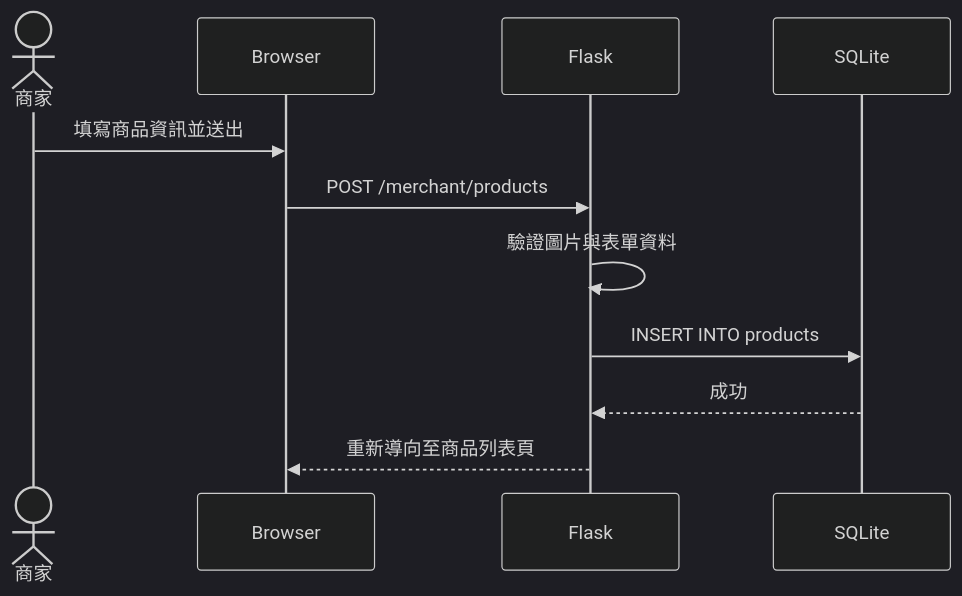
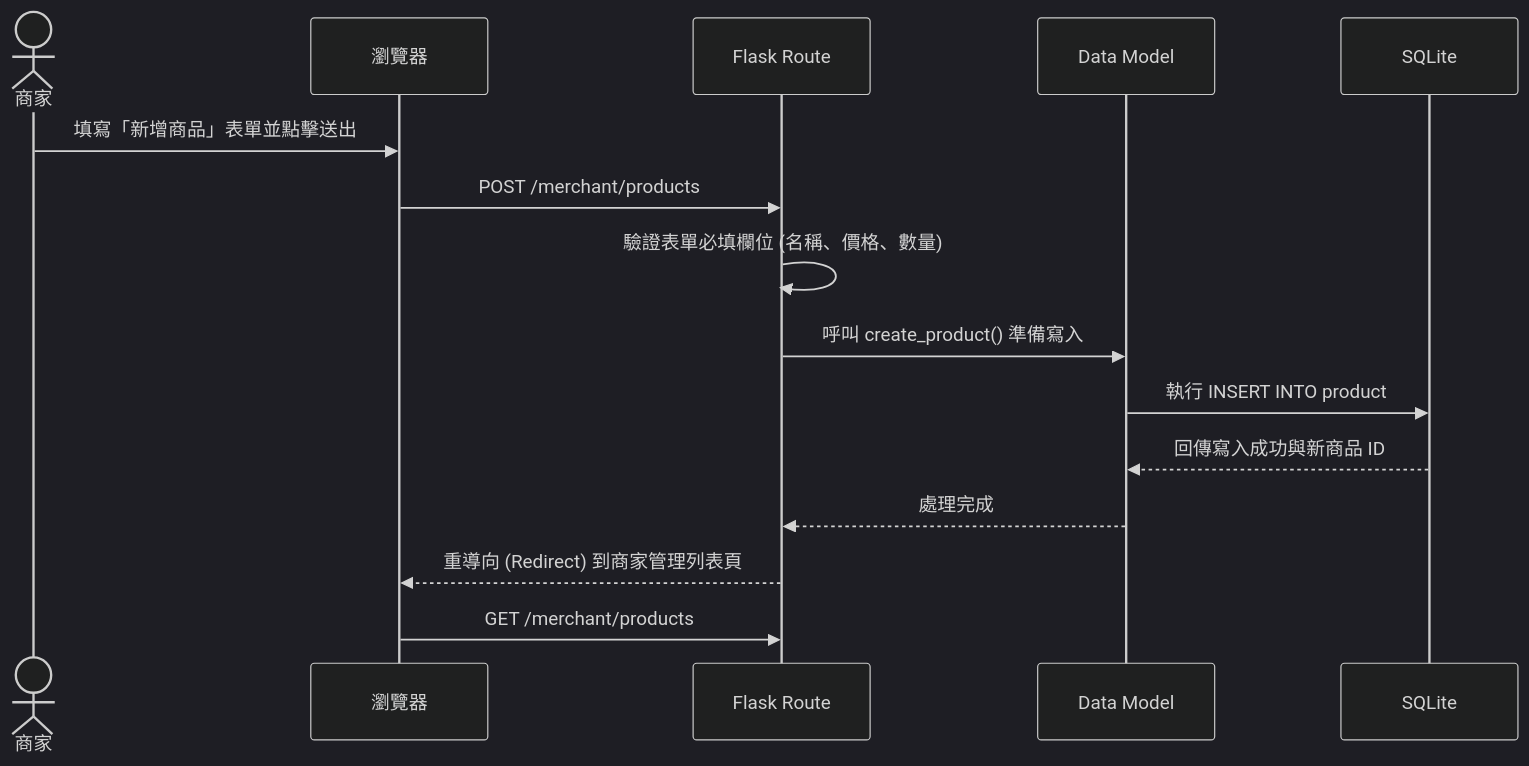
One commit to yuyun57/- changed the second of 3 diagrams in docs/FLOWCHART.md. Above: the diagram before and after it, drawn with Mermaid (dark theme). The commit also changed other lines of this file, not shown here.

Commit message:
docs: add user flowchart

````diff
--- a/docs/FLOWCHART.md
+++ b/docs/FLOWCHART.md
@@ -43,13 +38,18 @@
 ```mermaid
 sequenceDiagram
-    actor Merchant as 商家
-    participant Browser
-    participant Flask
+    actor User as 商家
+    participant Browser as 瀏覽器
+    participant Flask as Flask Route
+    participant Model as Data Model
     participant DB as SQLite
-    Merchant->>Browser: 填寫商品資訊並送出
+
+    User->>Browser: 填寫「新增商品」表單並點擊送出
     Browser->>Flask: POST /merchant/products
-    Flask->>Flask: 驗證圖片與表單資料
-    Flask->>DB: INSERT INTO products
-    DB-->>Flask: 成功
-    Flask-->>Browser: 重新導向至商品列表頁
+    Flask->>Flask: 驗證表單必填欄位 (名稱、價格、數量)
+    Flask->>Model: 呼叫 create_product() 準備寫入
+    Model->>DB: 執行 INSERT INTO product
+    DB-->>Model: 回傳寫入成功與新商品 ID
+    Model-->>Flask: 處理完成
+    Flask-->>Browser: 重導向 (Redirect) 到商家管理列表頁
+    Browser->>Flask: GET /merchant/products
 ```
````
